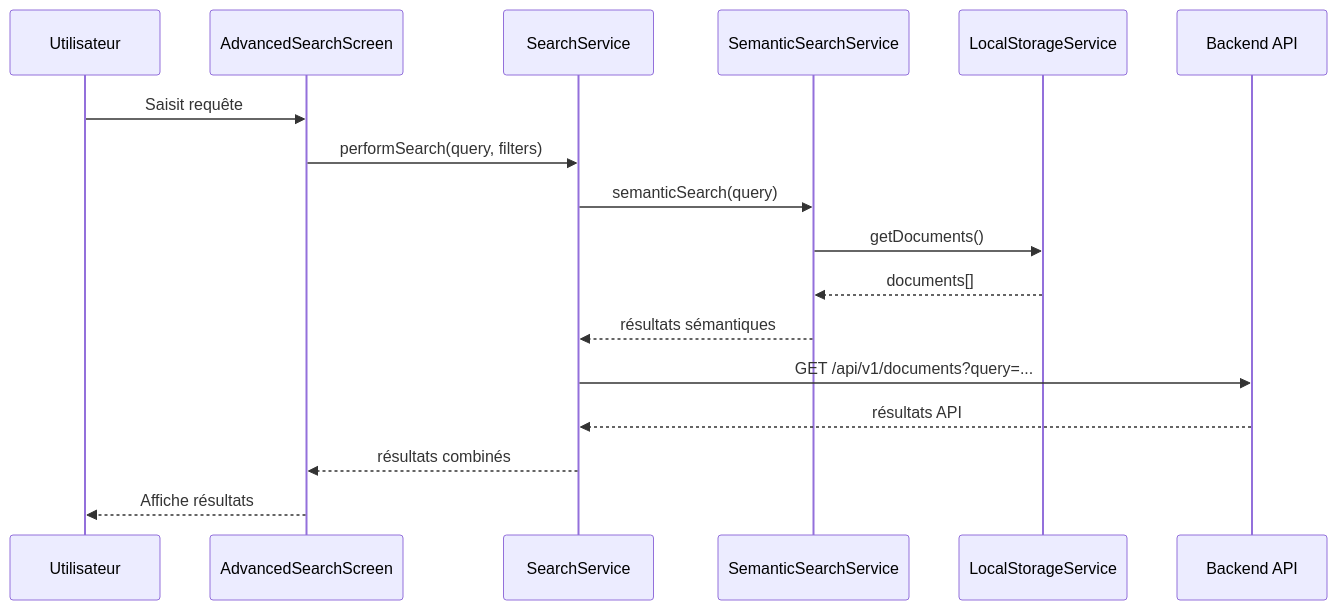
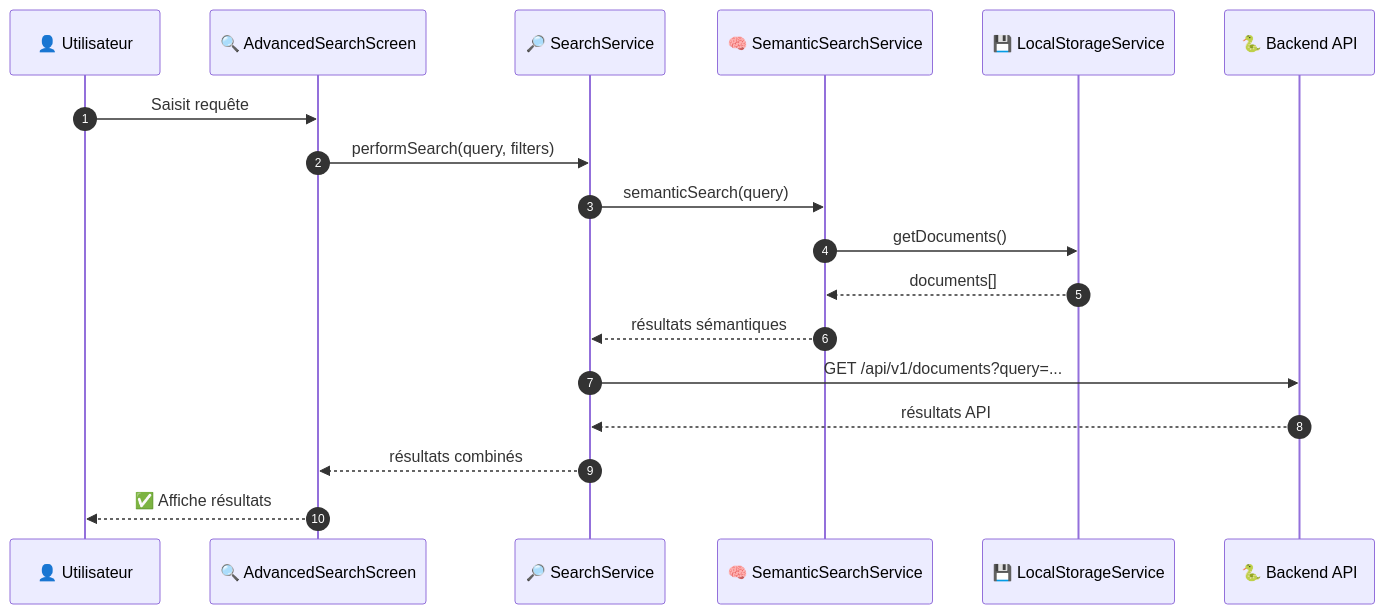
The third of 9 diagrams in docs/ARCHITECTURE.md (arkalia-luna-system/arkalia-cia), drawn with Mermaid before and after one commit. The commit also changed other lines of this file and 6 other files, not shown here.

Commit message:
Docs: Amélioration MD - Allègement, bannières, schémas Mermaid améliorés

````diff
--- a/docs/ARCHITECTURE.md
+++ b/docs/ARCHITECTURE.md
@@ -167,20 +173,21 @@
 ```mermaid
 sequenceDiagram
-    participant U as Utilisateur
-    participant UI as AdvancedSearchScreen
-    participant SS as SearchService
-    participant SC as SemanticSearchService
-    participant LS as LocalStorageService
-    participant BE as Backend API
+    autonumber
+    participant U as 👤 Utilisateur
+    participant UI as 🔍 AdvancedSearchScreen
+    participant SS as 🔎 SearchService
+    participant SC as 🧠 SemanticSearchService
+    participant LS as 💾 LocalStorageService
+    participant BE as 🐍 Backend API
 
     U->>UI: Saisit requête
     UI->>SS: performSearch(query, filters)
     SS->>SC: semanticSearch(query)
     SC->>LS: getDocuments()
     LS-->>SC: documents[]
     SC-->>SS: résultats sémantiques
     SS->>BE: GET /api/v1/documents?query=...
     BE-->>SS: résultats API
     SS-->>UI: résultats combinés
-    UI-->>U: Affiche résultats
+    UI-->>U: ✅ Affiche résultats
 ```
````
